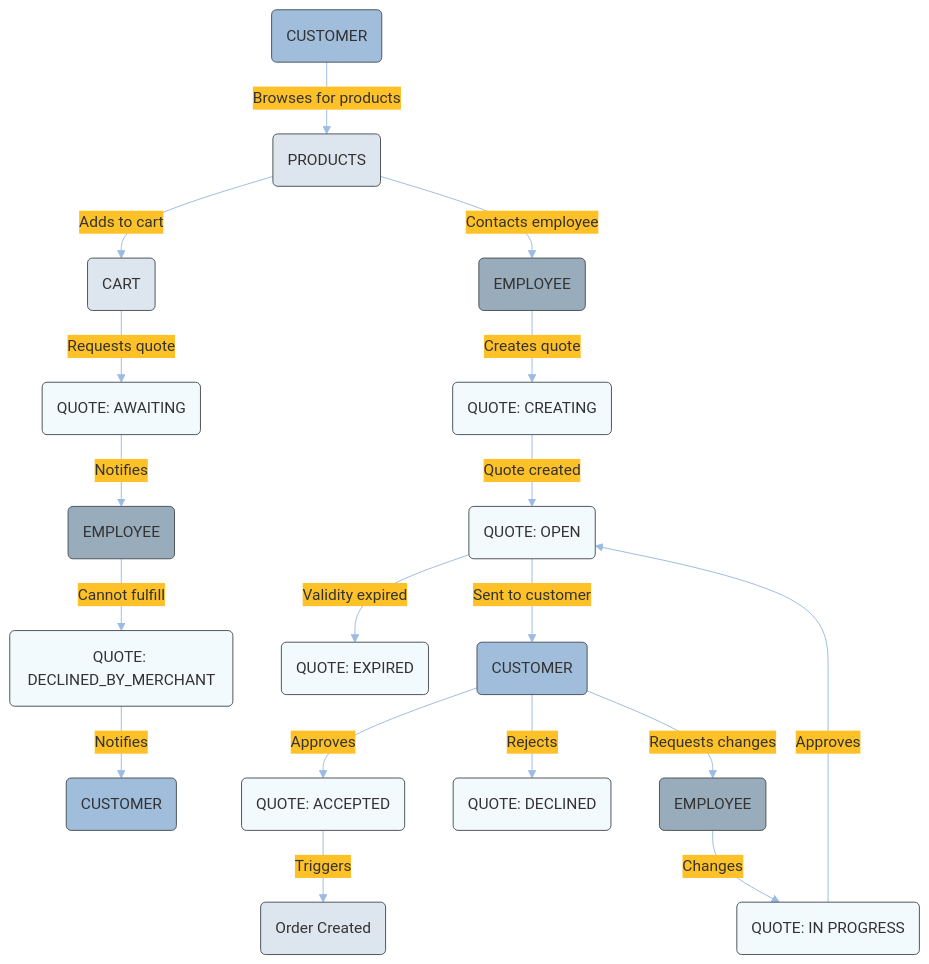
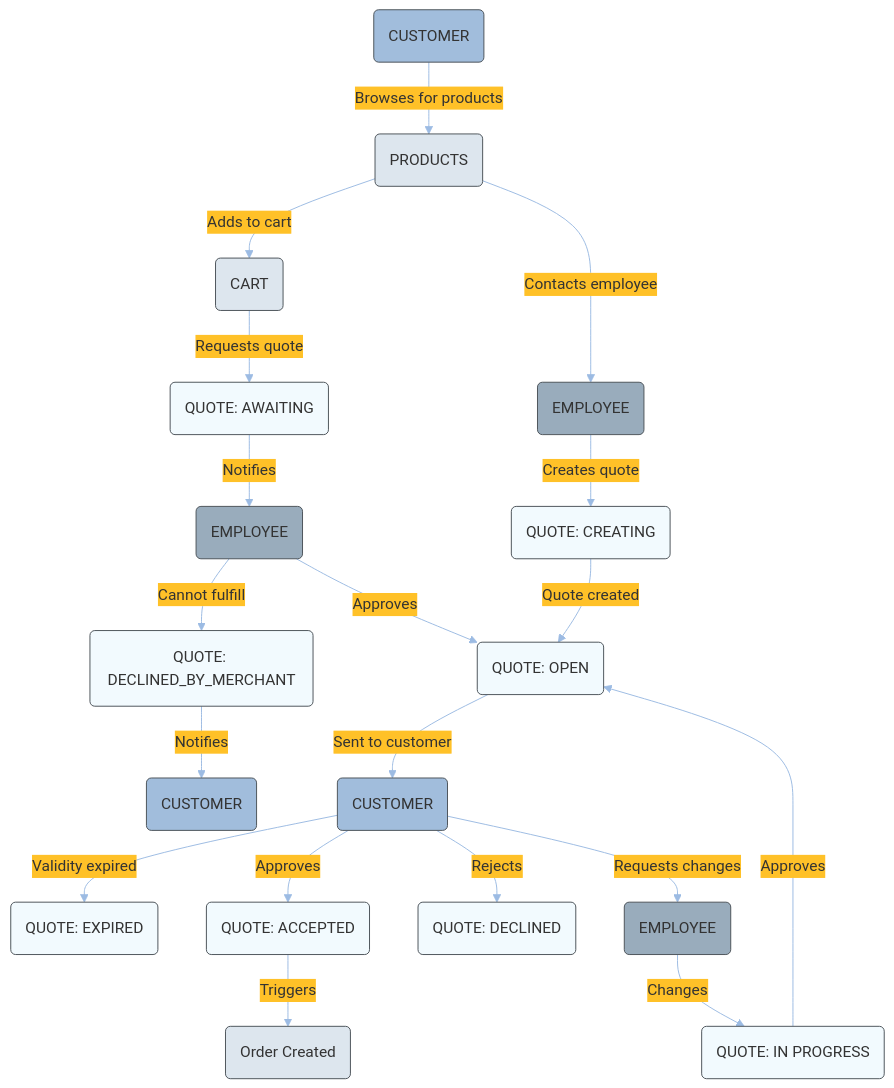
The diagram in quotes/quote/quote.md (emporix/api-references), drawn with Mermaid before and after one commit. The commit also changed other lines of this file, not shown here.

````diff
--- a/quotes/quote/quote.md
+++ b/quotes/quote/quote.md
@@ -65,66 +65,66 @@
 ```mermaid
 ---
 config:
   layout: fixed
   theme: base
   look: classic
   themeVariables:
     background: transparent
     lineColor: "#9CBBE3"
     arrowheadColor: "#9CBBE3"
     edgeLabelBackground: "#FFC128" 
     edgeLabelTextColor: "#4C5359"
     actorBorder: '#4C5359'
 ---
 graph TD
     CUSTOMER1(CUSTOMER)
     PRODUCTS(PRODUCTS)
     
     CUSTOMER1 -->|Browses for products| PRODUCTS
     
+    PRODUCTS -->|Adds to cart| CART(CART)    
     PRODUCTS -->|Contacts employee| EMPLOYEE1(EMPLOYEE)
-    PRODUCTS -->|Adds to cart| CART(CART)
     
     EMPLOYEE1 -->|Creates quote| CREATING(QUOTE: CREATING)
     CART -->|Requests quote| QUOTE_REQUEST(QUOTE: AWAITING)
     
     QUOTE_REQUEST -->|Notifies| EMPLOYEE2(EMPLOYEE)
     
     CREATING -->|Quote created| OPEN(QUOTE: OPEN)
     
-    
-    IN_PROGRESS -->|Approves| OPEN
-    EMPLOYEE2 -->|Cannot fulfill| DECLINED_MERCHANT(QUOTE: DECLINED_BY_MERCHANT)
+    IN_PROGRESS -->|Approves| OPEN   
+    EMPLOYEE2 -->|Cannot fulfill| DECLINED_MERCHANT(QUOTE: DECLINED_BY_MERCHANT) 
+    EMPLOYEE2 -->|Approves| OPEN
     
     DECLINED_MERCHANT -->|Notifies| CUSTOMER3(CUSTOMER)
 
-    OPEN -->|Validity expired| EXPIRED(QUOTE: EXPIRED)
+    CUSTOMER2 -->|Validity expired| EXPIRED(QUOTE: EXPIRED)
     
     OPEN -->|Sent to customer| CUSTOMER2(CUSTOMER)
     
     CUSTOMER2 -->|Approves| ACCEPTED(QUOTE: ACCEPTED)
     CUSTOMER2 -->|Rejects| DECLINED(QUOTE: DECLINED)
     CUSTOMER2 -->|Requests changes| EMPLOYEE3(EMPLOYEE)
     EMPLOYEE3 -->|Changes| IN_PROGRESS(QUOTE: IN PROGRESS)
     
     ACCEPTED -->|Triggers| ORDER(Order Created)
     
     style CREATING fill:#F2FAFE, stroke:#4C5359
     style OPEN fill:#F2FAFE, stroke:#4C5359
     style IN_PROGRESS fill:#F2FAFE, stroke:#4C5359
     style ACCEPTED fill:#F2FAFE, stroke:#4C5359
     style DECLINED fill:#F2FAFE, stroke:#4C5359
     style DECLINED_MERCHANT fill:#F2FAFE, stroke:#4C5359
     style EXPIRED fill:#F2FAFE, stroke:#4C5359
 
     style CUSTOMER1 fill:#A1BDDC, stroke:#4C5359
     style CUSTOMER2 fill:#A1BDDC, stroke:#4C5359
     style CUSTOMER3 fill:#A1BDDC, stroke:#4C5359
     style EMPLOYEE1 fill:#99ACBC, stroke:#4C5359
     style EMPLOYEE2 fill:#99ACBC, stroke:#4C5359
     style EMPLOYEE3 fill:#99ACBC, stroke:#4C5359
     style CART fill:#DDE6EE, stroke:#4C5359
     style PRODUCTS fill:#DDE6EE, stroke:#4C5359
     style QUOTE_REQUEST fill:#F2FAFE, stroke:#4C5359
     style ORDER fill:#DDE6EE, stroke:#4C5359
 ```
````
